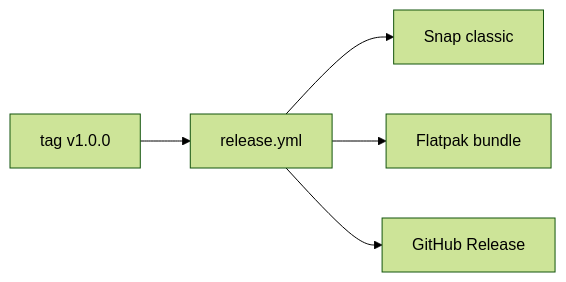
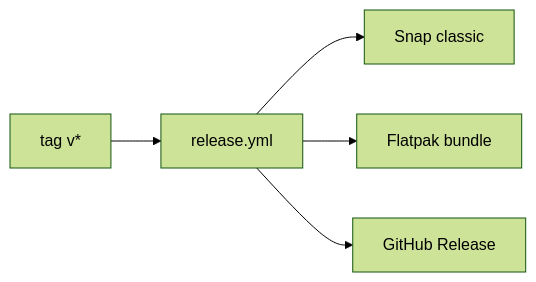
Before and after one commit to allanbatista/ai-linux-dev-utilities: the diagram in memory/distribution/README.md, drawn with Mermaid (forest theme). The commit also changed other lines of this file and 7 other files, not shown here.

````diff
--- a/memory/distribution/README.md
+++ b/memory/distribution/README.md
@@ -13,7 +13,7 @@
 ```mermaid
 flowchart LR
-  Tag[tag v1.0.0] --> Workflow[release.yml]
+  Tag[tag v*] --> Workflow[release.yml]
   Workflow --> Snap[Snap classic]
   Workflow --> Flatpak[Flatpak bundle]
   Workflow --> Release[GitHub Release]
 ```
````
